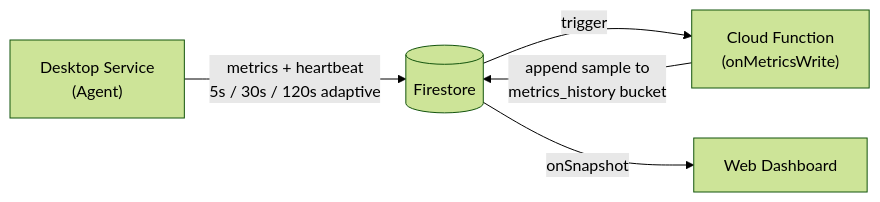
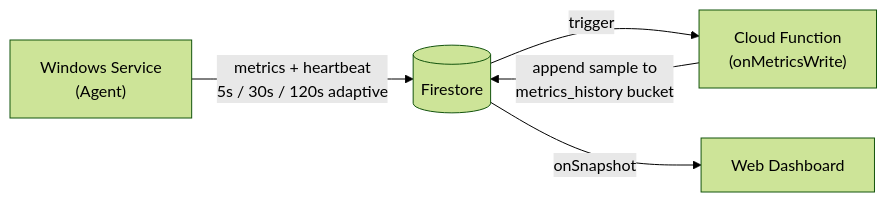
The second of 10 diagrams in web/content/docs/architecture.mdx (theexperiential/owlette), drawn with Mermaid (forest theme) before and after one commit. The commit also changed other lines of this file and 27 other files, not shown here.

````diff
--- a/web/content/docs/architecture.mdx
+++ b/web/content/docs/architecture.mdx
@@ -125,12 +125,12 @@
 ```mermaid
 flowchart LR
-    Agent["Desktop Service\n(Agent)"]
+    Agent["Windows Service\n(Agent)"]
     FS[("Firestore")]
     CF["Cloud Function\n(onMetricsWrite)"]
     Dashboard["Web Dashboard"]
 
     Agent -->|"metrics + heartbeat\n5s / 30s / 120s adaptive"| FS
     FS -->|"trigger"| CF
     CF -->|"append sample to\nmetrics_history bucket"| FS
     FS -->|"onSnapshot"| Dashboard
 ```
````
